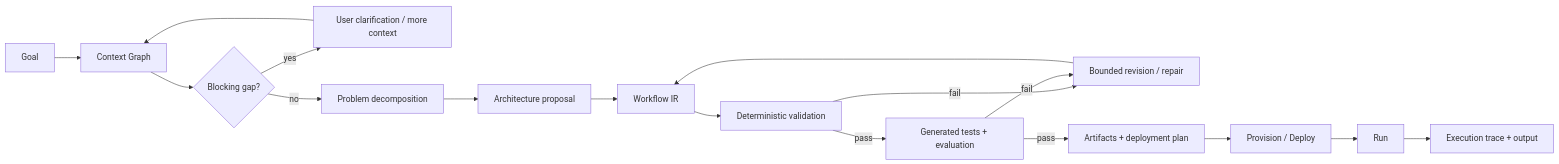
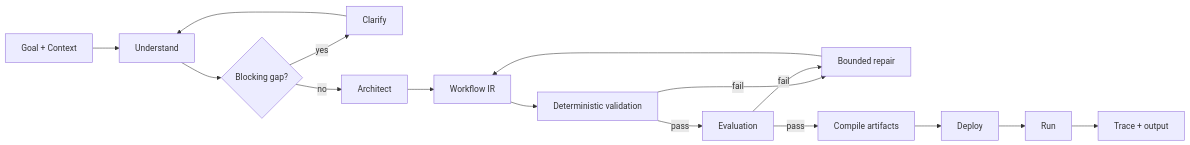
One commit to akashrajeev/Specloom changed the first of 2 diagrams in README.md. Above: the diagram before and after it, drawn with Mermaid. The commit also changed other lines of this file and 7 other files, not shown here.

First line of the commit message:
docs: polish architecture and documentation

```diff
--- a/README.md
+++ b/README.md
@@ -130,19 +54,19 @@
 ~~~mermaid
 flowchart LR
-    GOAL[Goal] --> CONTEXT[Context Graph]
-    CONTEXT --> GAP{Blocking gap?}
-    GAP -- yes --> ANSWER[User clarification / more context]
-    ANSWER --> CONTEXT
-    GAP -- no --> DECOMP[Problem decomposition]
-    DECOMP --> ARCH[Architecture proposal]
-    ARCH --> IR[Workflow IR]
-    IR --> VALIDATE[Deterministic validation]
-    VALIDATE -- fail --> REVISE[Bounded revision / repair]
-    REVISE --> IR
-    VALIDATE -- pass --> TESTS[Generated tests + evaluation]
-    TESTS -- fail --> REVISE
-    TESTS -- pass --> BUILD[Artifacts + deployment plan]
-    BUILD --> DEPLOY[Provision / Deploy]
-    DEPLOY --> RUN[Run]
-    RUN --> TRACE[Execution trace + output]
+    GOAL[Goal + Context]
+    GOAL --> UNDERSTAND[Understand]
+    UNDERSTAND --> GAP{Blocking gap?}
+    GAP -- yes --> CLARIFY[Clarify]
+    CLARIFY --> UNDERSTAND
+    GAP -- no --> DESIGN[Architect]
+    DESIGN --> IR2[Workflow IR]
+    IR2 --> CHECK[Deterministic validation]
+    CHECK -- fail --> REPAIR[Bounded repair]
+    REPAIR --> IR2
+    CHECK -- pass --> EVAL[Evaluation]
+    EVAL -- fail --> REPAIR
+    EVAL -- pass --> BUILD[Compile artifacts]
+    BUILD --> DEPLOY[Deploy]
+    DEPLOY --> RUN2[Run]
+    RUN2 --> OBS[Trace + output]
 ~~~
```
